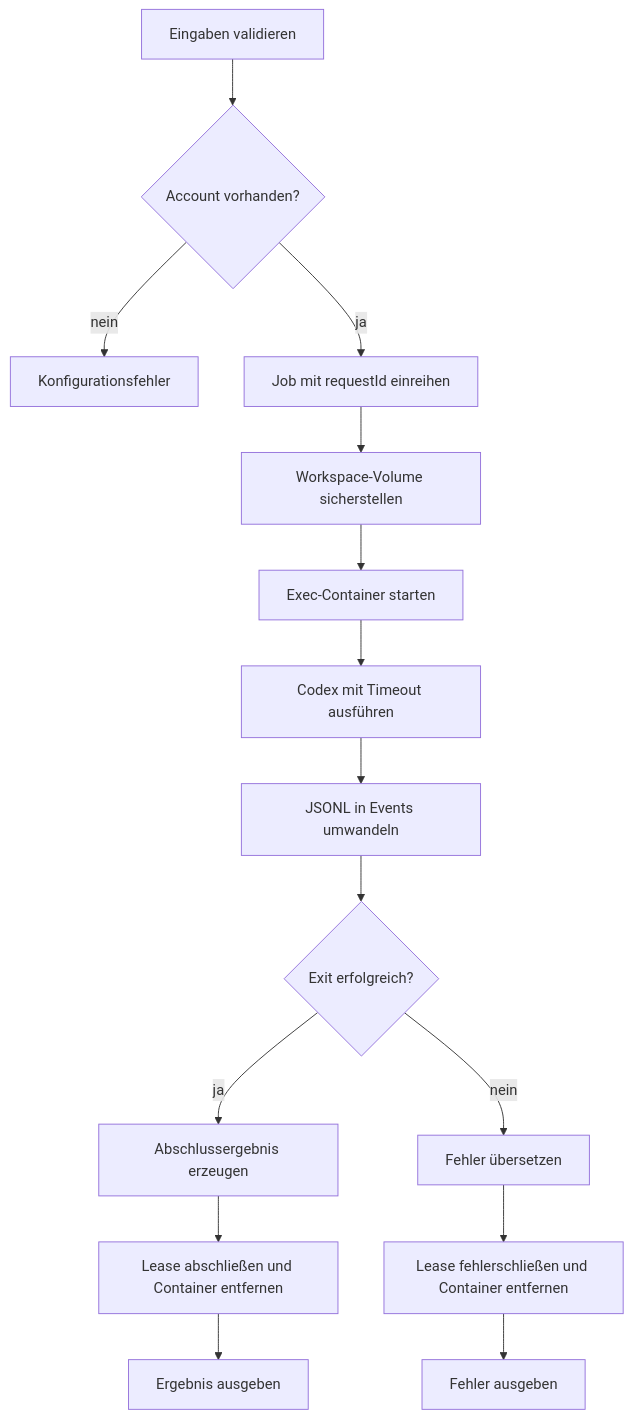
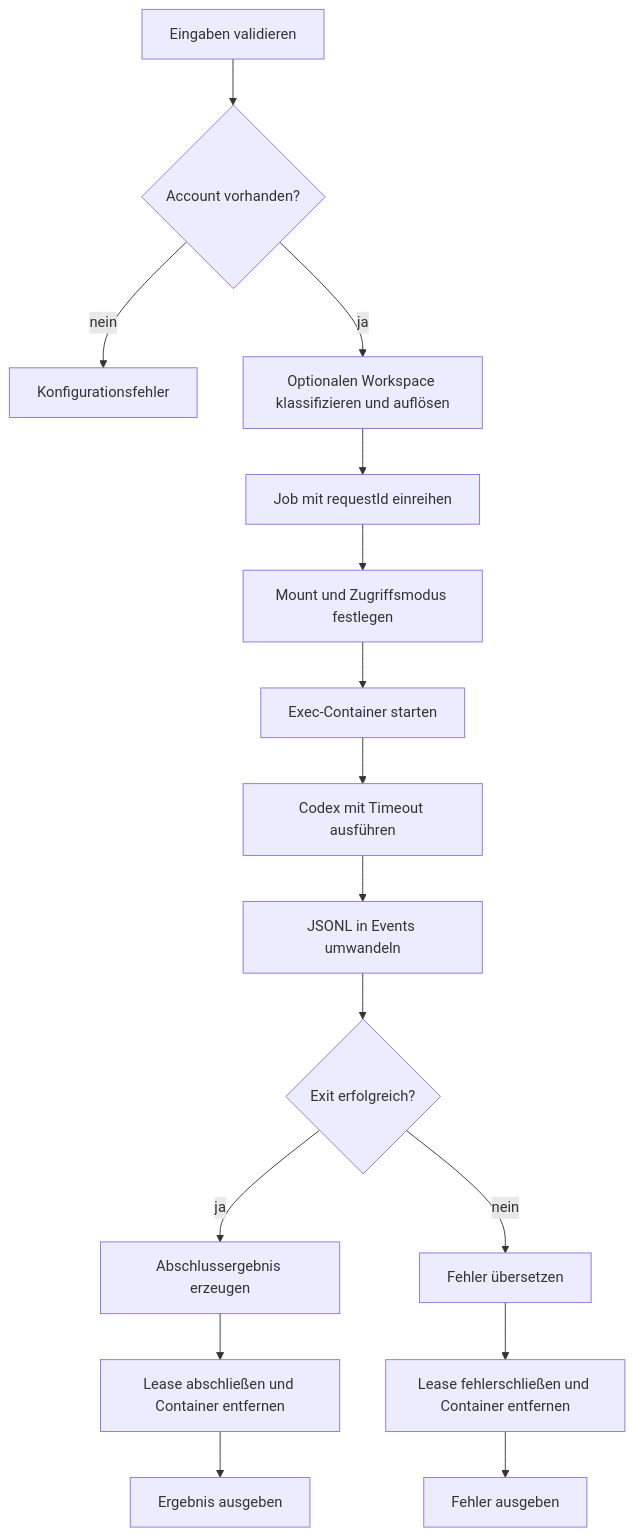
The diagram in docs/commands/exec.md (deelk00/authy), drawn with Mermaid before and after one commit. The commit also changed other lines of this file and 41 other files, not shown here.

````diff
--- a/docs/commands/exec.md
+++ b/docs/commands/exec.md
@@ -31,17 +67,18 @@
 ```mermaid
 flowchart TD
   A[Eingaben validieren] --> B{Account vorhanden?}
   B -->|nein| C[Konfigurationsfehler]
-  B -->|ja| D[Job mit requestId einreihen]
-  D --> E[Workspace-Volume sicherstellen]
+  B -->|ja| P[Optionalen Workspace klassifizieren und auflösen]
+  P --> D[Job mit requestId einreihen]
+  D --> E[Mount und Zugriffsmodus festlegen]
   E --> F[Exec-Container starten]
   F --> G[Codex mit Timeout ausführen]
   G --> H[JSONL in Events umwandeln]
   H --> I{Exit erfolgreich?}
   I -->|ja| J[Abschlussergebnis erzeugen]
   I -->|nein| K[Fehler übersetzen]
   J --> L[Lease abschließen und Container entfernen]
   K --> M[Lease fehlerschließen und Container entfernen]
   L --> N[Ergebnis ausgeben]
   M --> O[Fehler ausgeben]
 ```
````
